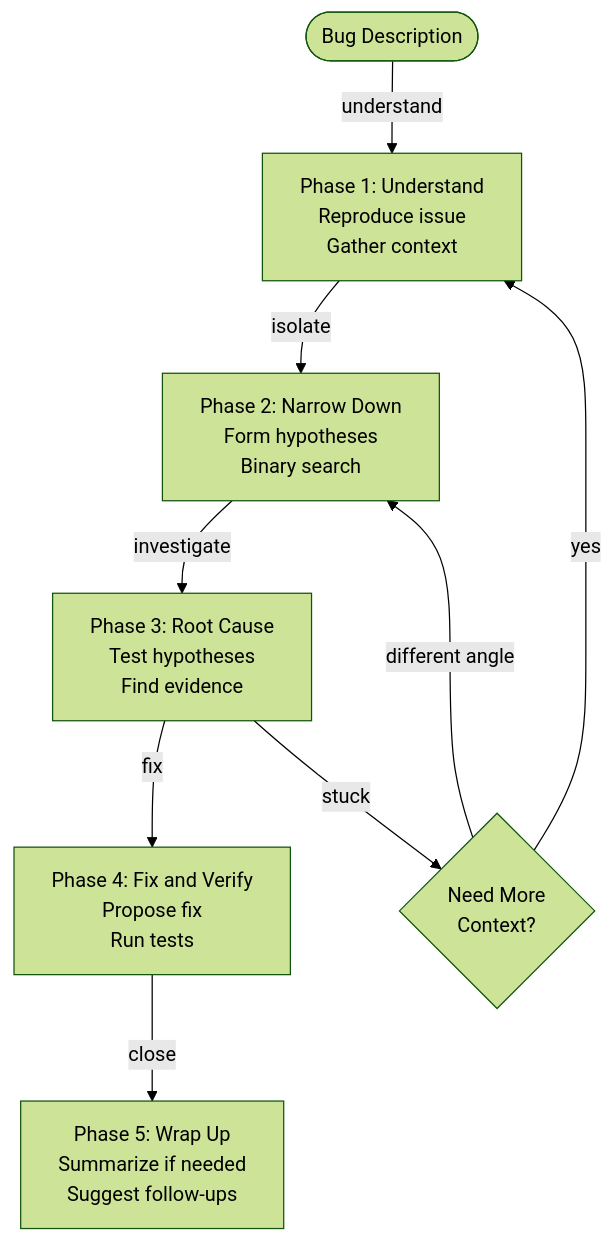
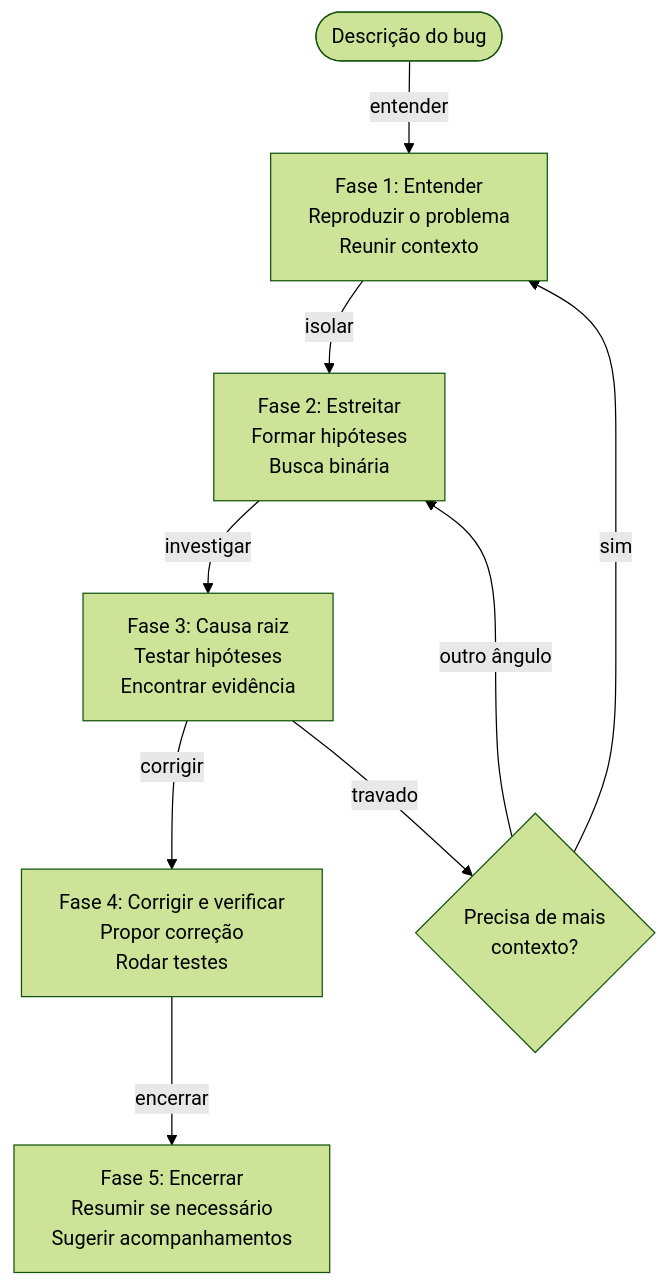
One commit to claude-code-mods/claude-code-mods-pt-br changed the ninth of 10 diagrams in mods/start/README.md. Above: the diagram before and after it, drawn with Mermaid (forest theme). The commit also changed other lines of this file and 21 other files, not shown here.

````diff
--- a/mods/start/README.md
+++ b/mods/start/README.md
@@ -472,12 +472,12 @@
 ```mermaid
 flowchart TD
-    A([Bug Description]) --> |understand| B[Phase 1: Understand<br/>Reproduce issue<br/>Gather context]
-    B --> |isolate| C[Phase 2: Narrow Down<br/>Form hypotheses<br/>Binary search]
-    C --> |investigate| D[Phase 3: Root Cause<br/>Test hypotheses<br/>Find evidence]
-    D --> |fix| E[Phase 4: Fix and Verify<br/>Propose fix<br/>Run tests]
-    E --> |close| F[Phase 5: Wrap Up<br/>Summarize if needed<br/>Suggest follow-ups]
+    A([Descrição do bug]) --> |entender| B[Fase 1: Entender<br/>Reproduzir o problema<br/>Reunir contexto]
+    B --> |isolar| C[Fase 2: Estreitar<br/>Formar hipóteses<br/>Busca binária]
+    C --> |investigar| D[Fase 3: Causa raiz<br/>Testar hipóteses<br/>Encontrar evidência]
+    D --> |corrigir| E[Fase 4: Corrigir e verificar<br/>Propor correção<br/>Rodar testes]
+    E --> |encerrar| F[Fase 5: Encerrar<br/>Resumir se necessário<br/>Sugerir acompanhamentos]
 
-    D --> |stuck| G{Need More<br/>Context?}
-    G --> |yes| B
-    G --> |different angle| C
+    D --> |travado| G{Precisa de mais<br>contexto?}
+    G --> |sim| B
+    G --> |outro ângulo| C
 ```
````
